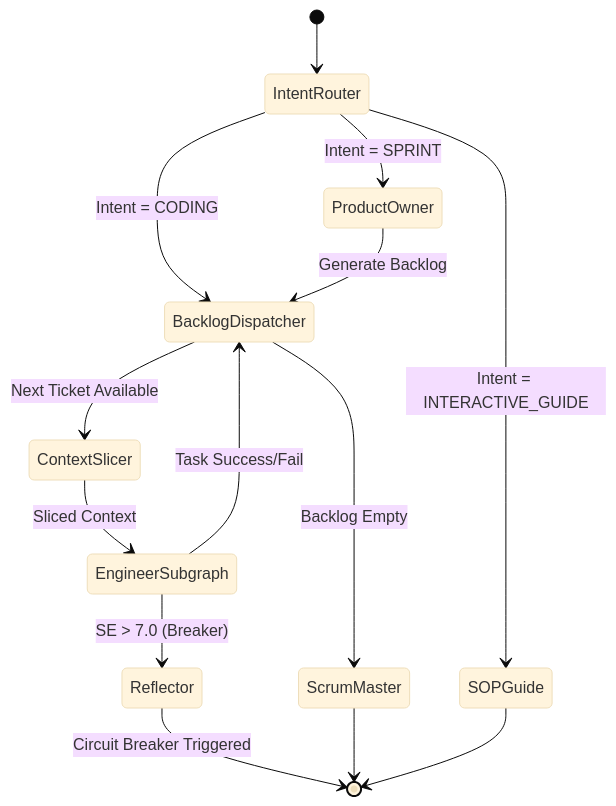
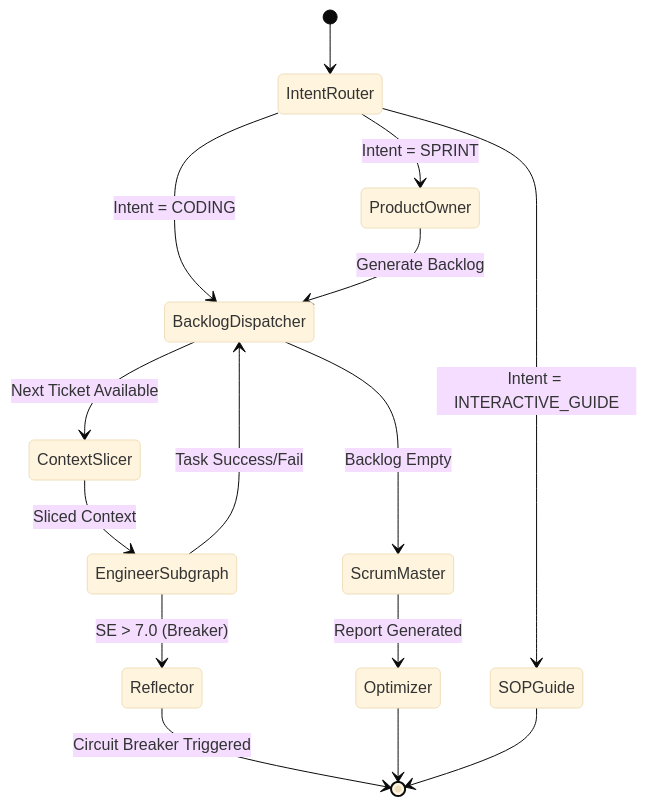
The second of 3 diagrams in DESIGN.md (jonaschen/ai-bsp-agent), drawn with Mermaid (base theme) before and after one commit. The commit also changed other lines of this file and 1 other file, not shown here.

````diff
--- a/DESIGN.md
+++ b/DESIGN.md
@@ -104,24 +120,25 @@
 ```mermaid
 stateDiagram-v2
     [*] --> IntentRouter
 
     IntentRouter --> ProductOwner: Intent = SPRINT
     IntentRouter --> BacklogDispatcher: Intent = CODING
     IntentRouter --> SOPGuide: Intent = INTERACTIVE_GUIDE
 
     ProductOwner --> BacklogDispatcher: Generate Backlog
 
     state BacklogDispatcher <<choice>>
     BacklogDispatcher --> ContextSlicer: Next Ticket Available
     BacklogDispatcher --> ScrumMaster: Backlog Empty
 
     ContextSlicer --> EngineerSubgraph: Sliced Context
 
     EngineerSubgraph --> BacklogDispatcher: Task Success/Fail
 
     EngineerSubgraph --> Reflector: SE > 7.0 (Breaker)
     Reflector --> [*]: Circuit Breaker Triggered
 
-    ScrumMaster --> [*]
+    ScrumMaster --> Optimizer: Report Generated
+    Optimizer --> [*]
     SOPGuide --> [*]
 ```
````
